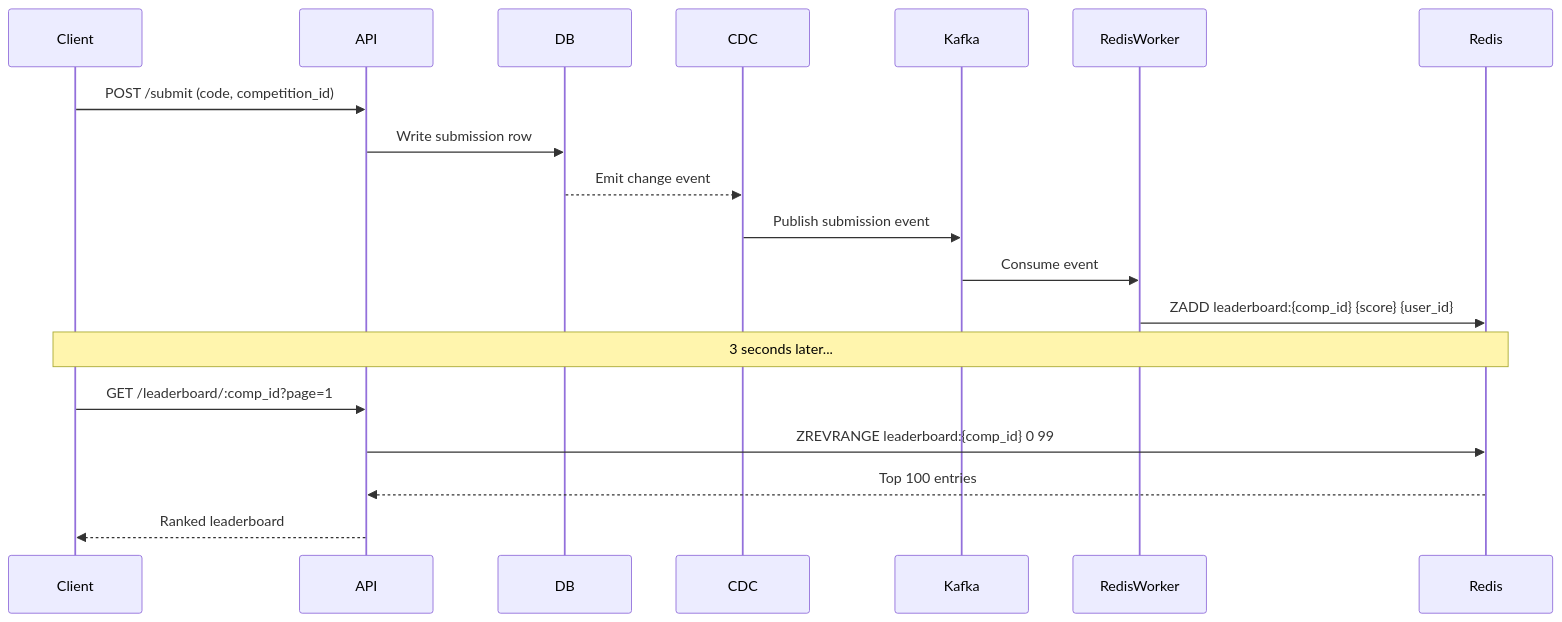
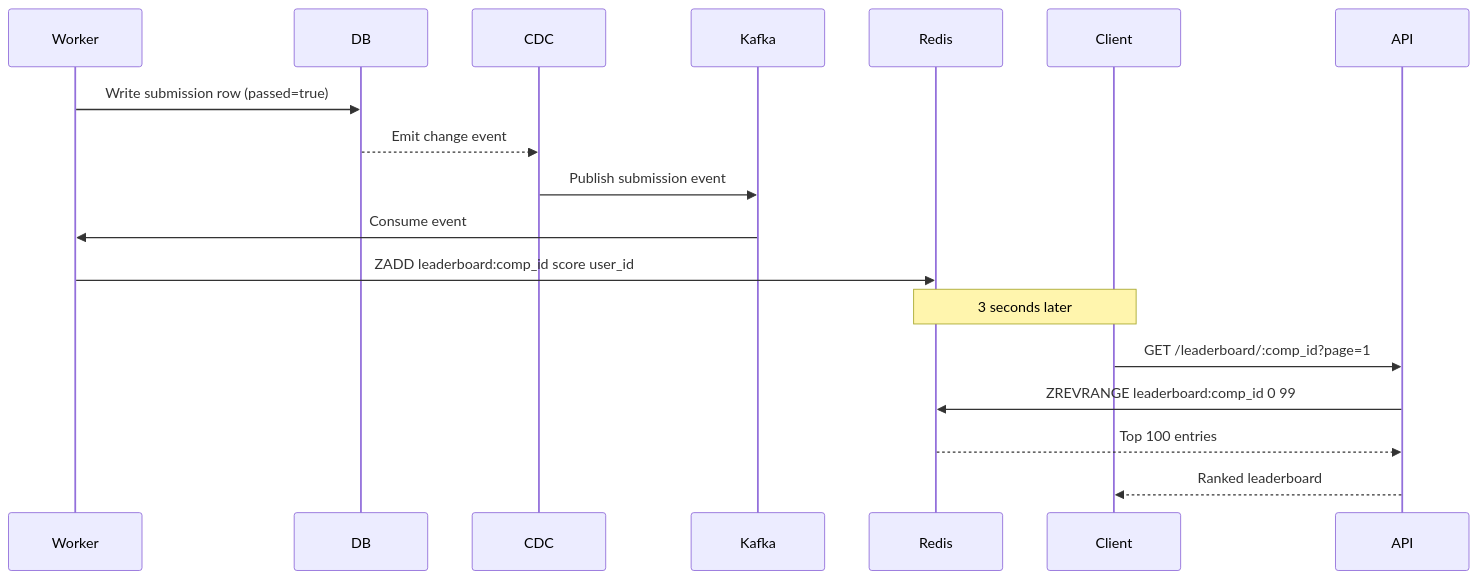
One commit to shyamalm88/MechineCoding changed the fifth of 5 diagrams in system-design/latest & updated/leetcode-online-judge.md. Above: the diagram before and after it, drawn with Mermaid. The commit also changed other lines of this file and 9 other files, not shown here.

````diff
--- a/system-design/latest & updated/leetcode-online-judge.md
+++ b/system-design/latest & updated/leetcode-online-judge.md
@@ -327,23 +291,22 @@
 ```mermaid
 sequenceDiagram
-    participant Client
-    participant API
+    participant Worker
     participant DB
     participant CDC
     participant Kafka
-    participant RedisWorker
     participant Redis
+    participant Client
+    participant API
 
-    Client->>API: POST /submit (code, competition_id)
-    API->>DB: Write submission row
+    Worker->>DB: Write submission row (passed=true)
     DB-->>CDC: Emit change event
     CDC->>Kafka: Publish submission event
-    Kafka->>RedisWorker: Consume event
-    RedisWorker->>Redis: ZADD leaderboard:{comp_id} {score} {user_id}
+    Kafka->>Worker: Consume event
+    Worker->>Redis: ZADD leaderboard:comp_id score user_id
 
-    Note over Client,Redis: 3 seconds later...
+    Note over Client,Redis: 3 seconds later
     Client->>API: GET /leaderboard/:comp_id?page=1
-    API->>Redis: ZREVRANGE leaderboard:{comp_id} 0 99
+    API->>Redis: ZREVRANGE leaderboard:comp_id 0 99
     Redis-->>API: Top 100 entries
     API-->>Client: Ranked leaderboard
 ```
````
